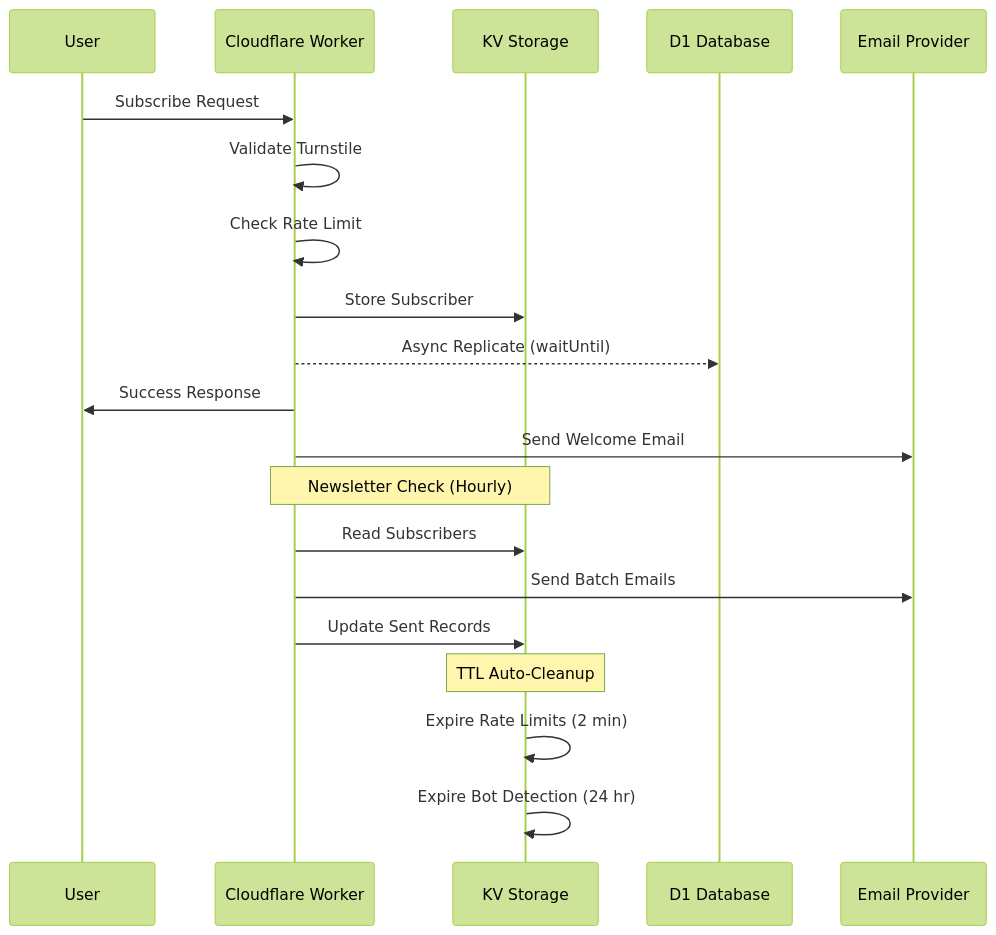
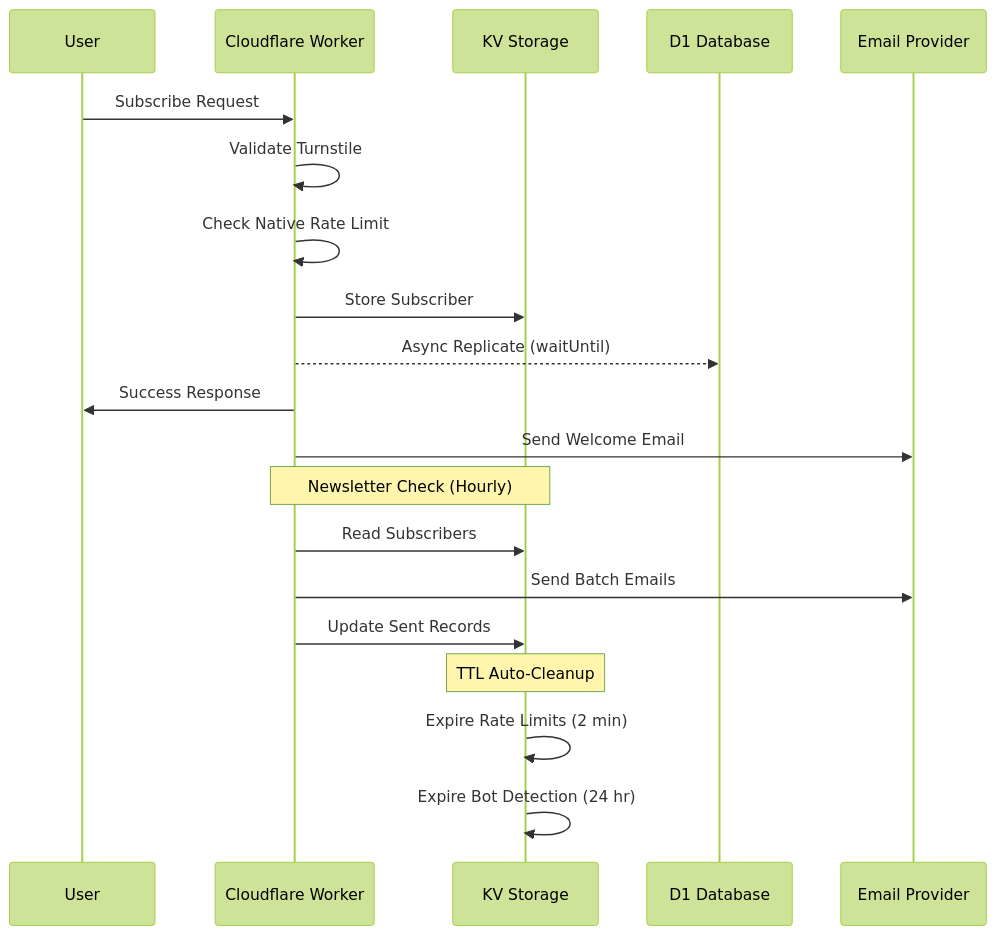
One commit to SamirPaulb/newsletter-and-contact-system changed the third of 3 diagrams in README.md. Above: the diagram before and after it, drawn with Mermaid (forest theme). The commit also changed other lines of this file and 3 other files, not shown here.

````diff
--- a/README.md
+++ b/README.md
@@ -166,25 +163,25 @@
 ```mermaid
 sequenceDiagram
     participant User
     participant CF as Cloudflare Worker
     participant KV as KV Storage
     participant D1 as D1 Database
     participant Email as Email Provider
 
     User->>CF: Subscribe Request
     CF->>CF: Validate Turnstile
-    CF->>CF: Check Rate Limit
+    CF->>CF: Check Native Rate Limit
     CF->>KV: Store Subscriber
     CF-->>D1: Async Replicate (waitUntil)
     CF->>User: Success Response
     CF->>Email: Send Welcome Email
 
     Note over CF,KV: Newsletter Check (Hourly)
     CF->>KV: Read Subscribers
     CF->>Email: Send Batch Emails
     CF->>KV: Update Sent Records
 
     Note over KV: TTL Auto-Cleanup
     KV->>KV: Expire Rate Limits (2 min)
     KV->>KV: Expire Bot Detection (24 hr)
 ```
````
